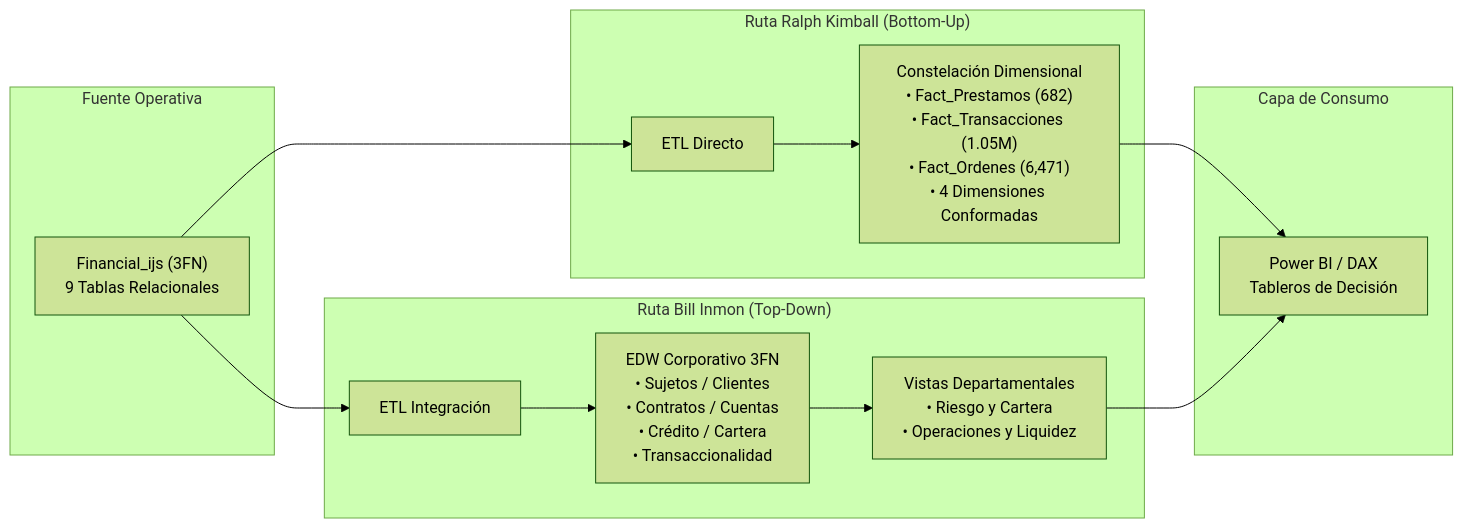
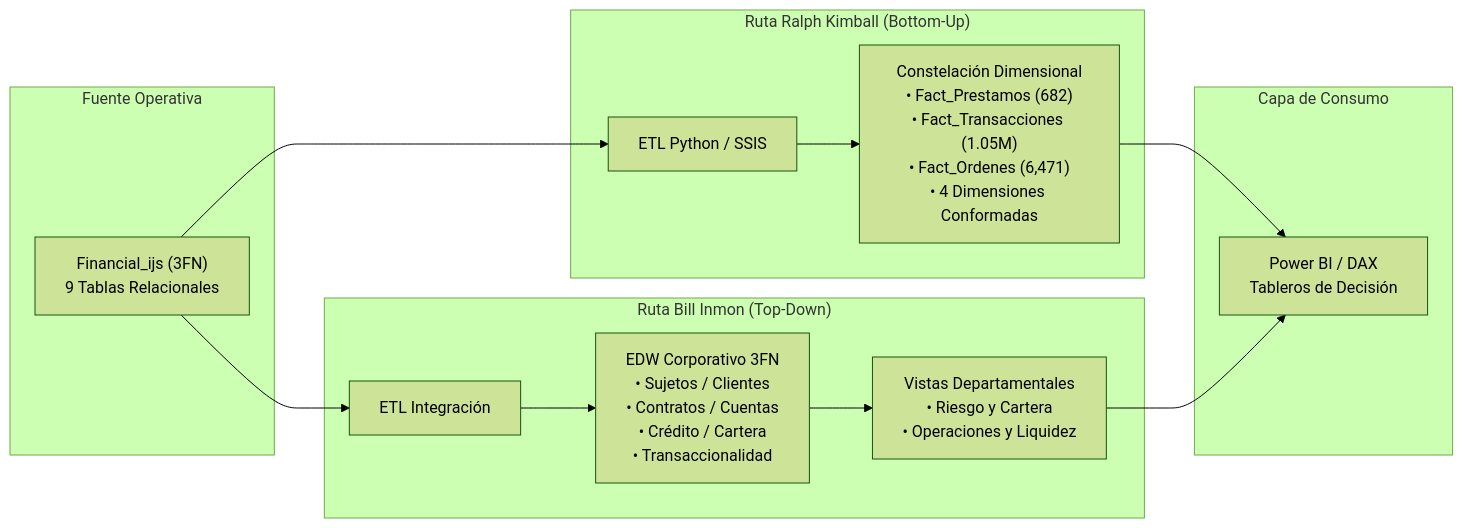
One commit to Hlagua/DocumentosBi changed the diagram in README.md. Above: the diagram before and after it, drawn with Mermaid (forest theme). The commit also changed other lines of this file and 1 other file, not shown here.

Commit message:
docs: agregar pipeline ETL automatizado en Python para poblar DM_Financial_Kimball_v2

````diff
--- a/README.md
+++ b/README.md
@@ -33,24 +58,24 @@
 ```mermaid
 flowchart LR
     subgraph Origen["Fuente Operativa"]
         OLTP["Financial_ijs (3FN)<br>9 Tablas Relacionales"]
     end
 
     subgraph Kimball["Ruta Ralph Kimball (Bottom-Up)"]
-        ETL_K["ETL Directo"]
+        ETL_K["ETL Python / SSIS"]
         DM_K["Constelación Dimensional<br>• Fact_Prestamos (682)<br>• Fact_Transacciones (1.05M)<br>• Fact_Ordenes (6,471)<br>• 4 Dimensiones Conformadas"]
     end
 
     subgraph Inmon["Ruta Bill Inmon (Top-Down)"]
         ETL_I["ETL Integración"]
         EDW["EDW Corporativo 3FN<br>• Sujetos / Clientes<br>• Contratos / Cuentas<br>• Crédito / Cartera<br>• Transaccionalidad"]
         DM_I["Vistas Departamentales<br>• Riesgo y Cartera<br>• Operaciones y Liquidez"]
     end
 
     subgraph BI["Capa de Consumo"]
         Dashboards["Power BI / DAX<br>Tableros de Decisión"]
     end
 
     OLTP --> ETL_K --> DM_K --> Dashboards
     OLTP --> ETL_I --> EDW --> DM_I --> Dashboards
 ```
````
